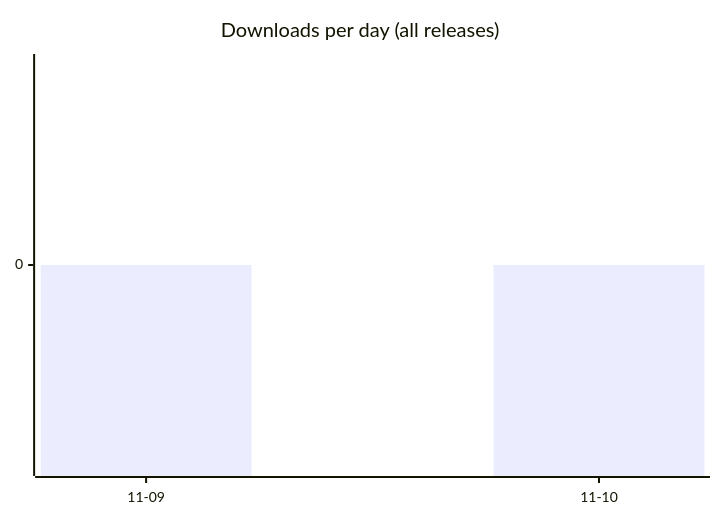
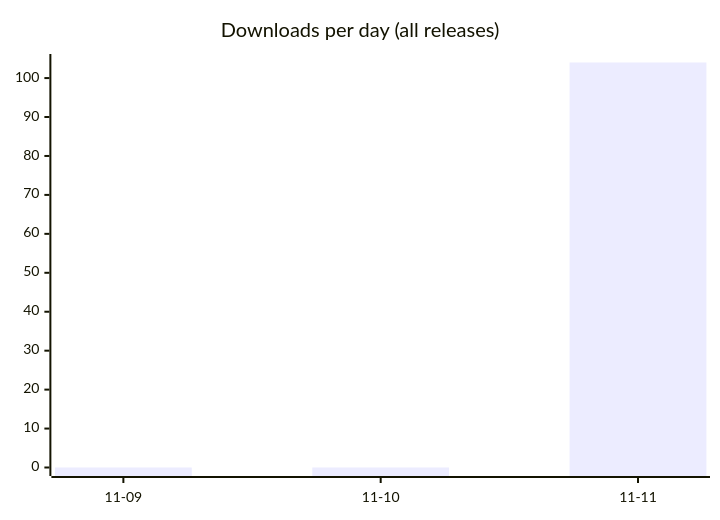
The first of 2 diagrams in README.md (fmadore/Kalamu), drawn with Mermaid before and after one commit. The commit also changed other lines of this file and 3 other files, not shown here.

````diff
--- a/README.md
+++ b/README.md
@@ -41,6 +42,6 @@
 ```mermaid
 xychart-beta
     title "Downloads per day (all releases)"
-    x-axis ["11-09", "11-10"]
-    bar [0, 0]
+    x-axis ["11-09", "11-10", "11-11"]
+    bar [0, 0, 104]
 ```
````
